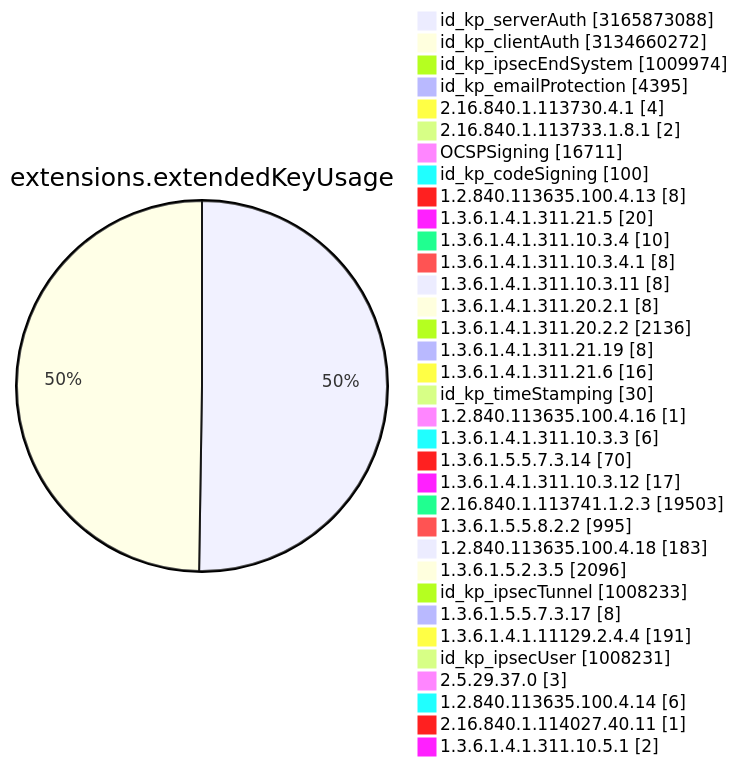
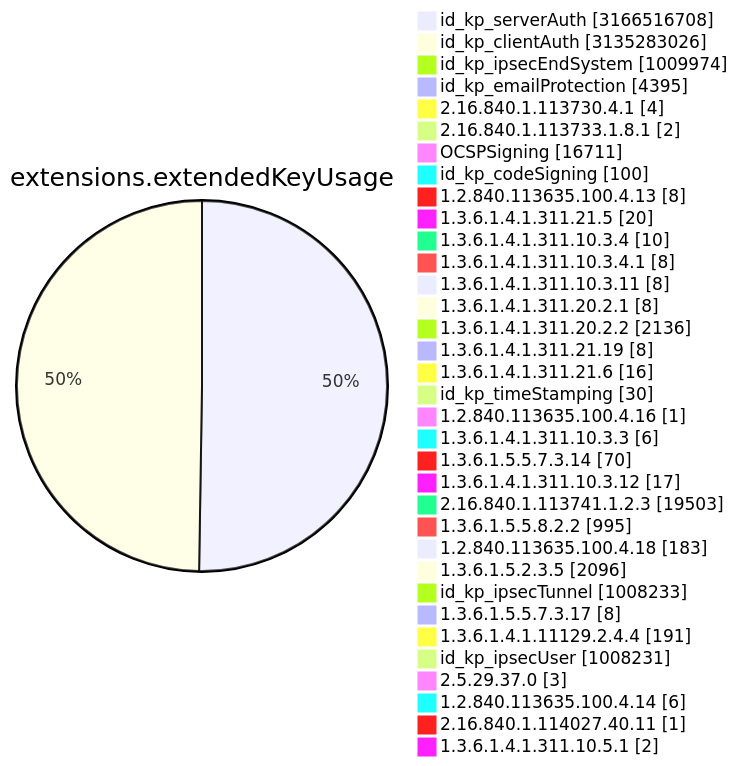
One commit to christiankrug/ctmonitor_visualization changed diagram 11 of 15 in TOTAL/README.md. Above: the diagram before and after it, drawn with Mermaid. The commit also changed other lines of this file, not shown here.

````diff
--- a/TOTAL/README.md
+++ b/TOTAL/README.md
@@ -4119,38 +4119,38 @@
 ```mermaid
 pie showData
 title extensions.extendedKeyUsage
-"id_kp_serverAuth" :3165873088
-"id_kp_clientAuth" :3134660272
+"id_kp_serverAuth" :3166516708
+"id_kp_clientAuth" :3135283026
 "id_kp_ipsecEndSystem" :1009974
 "id_kp_emailProtection" :4395
 "2.16.840.1.113730.4.1" :4
 "2.16.840.1.113733.1.8.1" :2
 "OCSPSigning" :16711
 "id_kp_codeSigning" :100
 "1.2.840.113635.100.4.13" :8
 "1.3.6.1.4.1.311.21.5" :20
 "1.3.6.1.4.1.311.10.3.4" :10
 "1.3.6.1.4.1.311.10.3.4.1" :8
 "1.3.6.1.4.1.311.10.3.11" :8
 "1.3.6.1.4.1.311.20.2.1" :8
 "1.3.6.1.4.1.311.20.2.2" :2136
 "1.3.6.1.4.1.311.21.19" :8
 "1.3.6.1.4.1.311.21.6" :16
 "id_kp_timeStamping" :30
 "1.2.840.113635.100.4.16" :1
 "1.3.6.1.4.1.311.10.3.3" :6
 "1.3.6.1.5.5.7.3.14" :70
 "1.3.6.1.4.1.311.10.3.12" :17
 "2.16.840.1.113741.1.2.3" :19503
 "1.3.6.1.5.5.8.2.2" :995
 "1.2.840.113635.100.4.18" :183
 "1.3.6.1.5.2.3.5" :2096
 "id_kp_ipsecTunnel" :1008233
 "1.3.6.1.5.5.7.3.17" :8
 "1.3.6.1.4.1.11129.2.4.4" :191
 "id_kp_ipsecUser" :1008231
 "2.5.29.37.0" :3
 "1.2.840.113635.100.4.14" :6
 "2.16.840.1.114027.40.11" :1
 "1.3.6.1.4.1.311.10.5.1" :2
 ```
````
